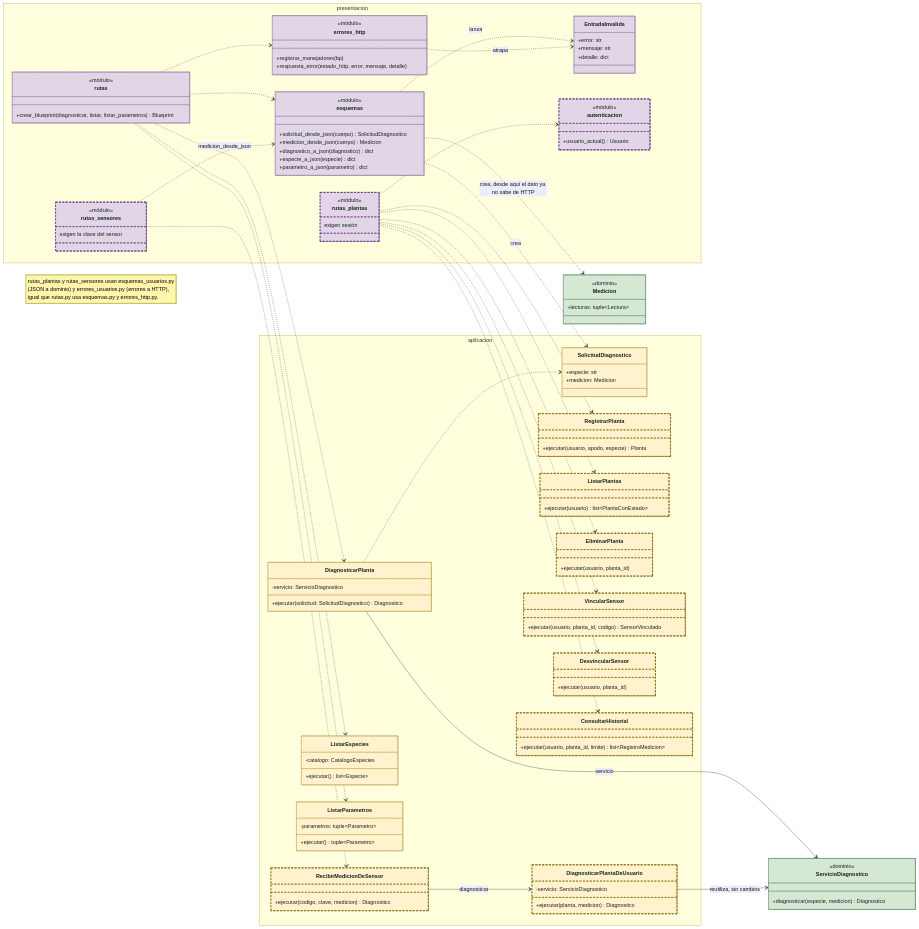
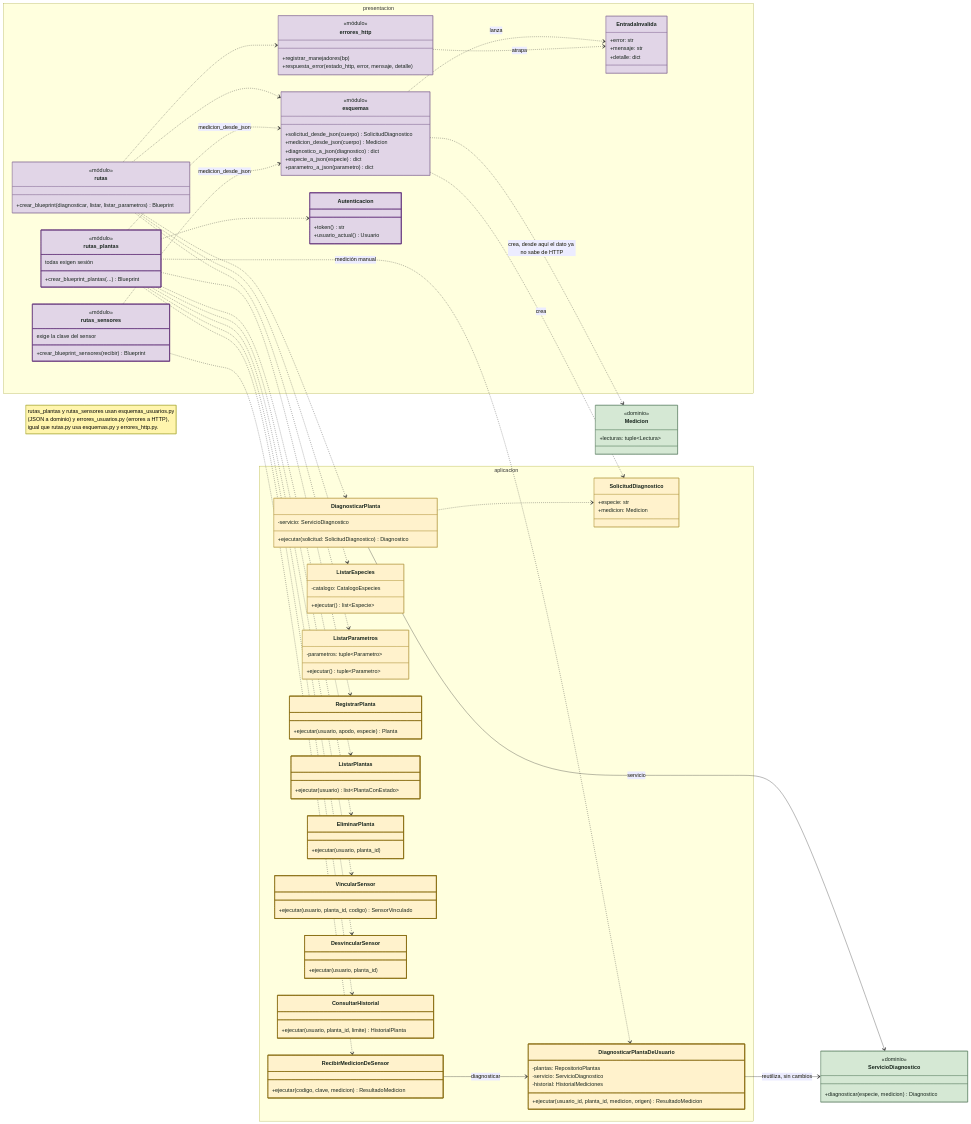
The diagram in docs/diagramas/clases-aplicacion.mmd (Pipelol0723/matera-inteligente), drawn with Mermaid before and after one commit. The commit also changed 30 other files, not shown here.

First line of the commit message:
Docs: diagramas del corte 2 ajustados a lo implementado

```diff
--- a/docs/diagramas/clases-aplicacion.mmd
+++ b/docs/diagramas/clases-aplicacion.mmd
@@ -1,144 +1,150 @@
 %% Presentación y aplicación: el diagnóstico y, desde el corte 2, las plantas, los sensores y el historial.
 %% Las cuentas y la administración están en clases-cuentas.mmd.
 %% Morado: presentación. Amarillo: aplicación. Verde: clase del dominio que se reutiliza.
-%% Borde punteado: se agrega en el corte 2 y todavía no tiene código.
+%% Borde grueso: se agregó en el corte 2.
 classDiagram
     direction LR
 
     namespace presentacion {
         class rutas {
             <<módulo>>
             +crear_blueprint(diagnosticar, listar, listar_parametros) Blueprint
         }
         class esquemas {
             <<módulo>>
             +solicitud_desde_json(cuerpo) SolicitudDiagnostico
             +medicion_desde_json(cuerpo) Medicion
             +diagnostico_a_json(diagnostico) dict
             +especie_a_json(especie) dict
             +parametro_a_json(parametro) dict
         }
         class errores_http {
             <<módulo>>
             +registrar_manejadores(bp)
             +respuesta_error(estado_http, error, mensaje, detalle)
         }
         class EntradaInvalida {
             +error: str
             +mensaje: str
             +detalle: dict
         }
-        class autenticacion {
-            <<módulo>>
+        class Autenticacion {
+            +token() str
             +usuario_actual() Usuario
         }
         class rutas_plantas {
             <<módulo>>
-            exigen sesión
+            +crear_blueprint_plantas(...) Blueprint
+            todas exigen sesión
         }
         class rutas_sensores {
             <<módulo>>
-            exigen la clave del sensor
+            +crear_blueprint_sensores(recibir) Blueprint
+            exige la clave del sensor
         }
     }
 
     namespace aplicacion {
         class SolicitudDiagnostico {
             +especie: str
             +medicion: Medicion
         }
         class DiagnosticarPlanta {
             -servicio: ServicioDiagnostico
             +ejecutar(solicitud: SolicitudDiagnostico) Diagnostico
         }
         class ListarEspecies {
             -catalogo: CatalogoEspecies
             +ejecutar() list~Especie~
         }
         class ListarParametros {
             -parametros: tuple~Parametro~
             +ejecutar() tuple~Parametro~
         }
         class RegistrarPlanta {
             +ejecutar(usuario, apodo, especie) Planta
         }
         class ListarPlantas {
             +ejecutar(usuario) list~PlantaConEstado~
         }
         class EliminarPlanta {
             +ejecutar(usuario, planta_id)
         }
         class VincularSensor {
             +ejecutar(usuario, planta_id, codigo) SensorVinculado
         }
         class DesvincularSensor {
             +ejecutar(usuario, planta_id)
         }
         class ConsultarHistorial {
-            +ejecutar(usuario, planta_id, limite) list~RegistroMedicion~
+            +ejecutar(usuario, planta_id, limite) HistorialPlanta
         }
         class RecibirMedicionDeSensor {
-            +ejecutar(codigo, clave, medicion) Diagnostico
+            +ejecutar(codigo, clave, medicion) ResultadoMedicion
         }
         class DiagnosticarPlantaDeUsuario {
+            -plantas: RepositorioPlantas
             -servicio: ServicioDiagnostico
-            +ejecutar(planta, medicion) Diagnostico
+            -historial: HistorialMediciones
+            +ejecutar(usuario_id, planta_id, medicion, origen) ResultadoMedicion
         }
     }
 
     class ServicioDiagnostico {
         <<dominio>>
         +diagnosticar(especie, medicion) Diagnostico
     }
     class Medicion {
         <<dominio>>
         +lecturas: tuple~Lectura~
     }
 
     rutas ..> DiagnosticarPlanta
     rutas ..> ListarEspecies
     rutas ..> ListarParametros
     rutas ..> esquemas
     rutas ..> errores_http
     esquemas ..> SolicitudDiagnostico : crea
     esquemas ..> Medicion : crea, desde aquí el dato ya no sabe de HTTP
     esquemas ..> EntradaInvalida : lanza
     errores_http ..> EntradaInvalida : atrapa
     DiagnosticarPlanta --> ServicioDiagnostico : servicio
     DiagnosticarPlanta ..> SolicitudDiagnostico
 
-    rutas_plantas ..> autenticacion
+    rutas_plantas ..> Autenticacion
     rutas_plantas ..> RegistrarPlanta
     rutas_plantas ..> ListarPlantas
     rutas_plantas ..> EliminarPlanta
     rutas_plantas ..> VincularSensor
     rutas_plantas ..> DesvincularSensor
     rutas_plantas ..> ConsultarHistorial
+    rutas_plantas ..> DiagnosticarPlantaDeUsuario : medición manual
+    rutas_plantas ..> esquemas : medicion_desde_json
     rutas_sensores ..> esquemas : medicion_desde_json
     rutas_sensores ..> RecibirMedicionDeSensor
     RecibirMedicionDeSensor --> DiagnosticarPlantaDeUsuario : diagnosticar
     DiagnosticarPlantaDeUsuario --> ServicioDiagnostico : reutiliza, sin cambios
 
     note "rutas_plantas y rutas_sensores usan esquemas_usuarios.py<br>(JSON a dominio) y errores_usuarios.py (errores a HTTP),<br>igual que rutas.py usa esquemas.py y errores_http.py."
 
     style rutas fill:#E1D5E7,stroke:#8a6d99,color:#16231b
     style esquemas fill:#E1D5E7,stroke:#8a6d99,color:#16231b
     style errores_http fill:#E1D5E7,stroke:#8a6d99,color:#16231b
     style EntradaInvalida fill:#E1D5E7,stroke:#8a6d99,color:#16231b
     style SolicitudDiagnostico fill:#FFF2CC,stroke:#b59a45,color:#16231b
     style DiagnosticarPlanta fill:#FFF2CC,stroke:#b59a45,color:#16231b
     style ListarEspecies fill:#FFF2CC,stroke:#b59a45,color:#16231b
     style ListarParametros fill:#FFF2CC,stroke:#b59a45,color:#16231b
     style ServicioDiagnostico fill:#D5E8D4,stroke:#5a7d5f,color:#16231b
     style Medicion fill:#D5E8D4,stroke:#5a7d5f,color:#16231b
-    style autenticacion fill:#E1D5E7,stroke:#6a3d80,stroke-width:2px,stroke-dasharray:6 4,color:#16231b
-    style rutas_plantas fill:#E1D5E7,stroke:#6a3d80,stroke-width:2px,stroke-dasharray:6 4,color:#16231b
-    style rutas_sensores fill:#E1D5E7,stroke:#6a3d80,stroke-width:2px,stroke-dasharray:6 4,color:#16231b
-    style RegistrarPlanta fill:#FFF2CC,stroke:#8a6d12,stroke-width:2px,stroke-dasharray:6 4,color:#16231b
-    style ListarPlantas fill:#FFF2CC,stroke:#8a6d12,stroke-width:2px,stroke-dasharray:6 4,color:#16231b
-    style EliminarPlanta fill:#FFF2CC,stroke:#8a6d12,stroke-width:2px,stroke-dasharray:6 4,color:#16231b
-    style VincularSensor fill:#FFF2CC,stroke:#8a6d12,stroke-width:2px,stroke-dasharray:6 4,color:#16231b
-    style DesvincularSensor fill:#FFF2CC,stroke:#8a6d12,stroke-width:2px,stroke-dasharray:6 4,color:#16231b
-    style ConsultarHistorial fill:#FFF2CC,stroke:#8a6d12,stroke-width:2px,stroke-dasharray:6 4,color:#16231b
-    style RecibirMedicionDeSensor fill:#FFF2CC,stroke:#8a6d12,stroke-width:2px,stroke-dasharray:6 4,color:#16231b
-    style DiagnosticarPlantaDeUsuario fill:#FFF2CC,stroke:#8a6d12,stroke-width:2px,stroke-dasharray:6 4,color:#16231b
+    style Autenticacion fill:#E1D5E7,stroke:#6a3d80,stroke-width:2px,color:#16231b
+    style rutas_plantas fill:#E1D5E7,stroke:#6a3d80,stroke-width:2px,color:#16231b
+    style rutas_sensores fill:#E1D5E7,stroke:#6a3d80,stroke-width:2px,color:#16231b
+    style RegistrarPlanta fill:#FFF2CC,stroke:#8a6d12,stroke-width:2px,color:#16231b
+    style ListarPlantas fill:#FFF2CC,stroke:#8a6d12,stroke-width:2px,color:#16231b
+    style EliminarPlanta fill:#FFF2CC,stroke:#8a6d12,stroke-width:2px,color:#16231b
+    style VincularSensor fill:#FFF2CC,stroke:#8a6d12,stroke-width:2px,color:#16231b
+    style DesvincularSensor fill:#FFF2CC,stroke:#8a6d12,stroke-width:2px,color:#16231b
+    style ConsultarHistorial fill:#FFF2CC,stroke:#8a6d12,stroke-width:2px,color:#16231b
+    style RecibirMedicionDeSensor fill:#FFF2CC,stroke:#8a6d12,stroke-width:2px,color:#16231b
+    style DiagnosticarPlantaDeUsuario fill:#FFF2CC,stroke:#8a6d12,stroke-width:2px,color:#16231b
```
